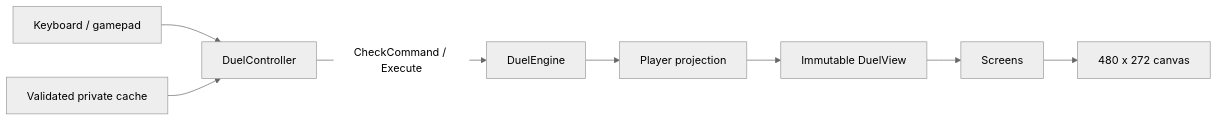
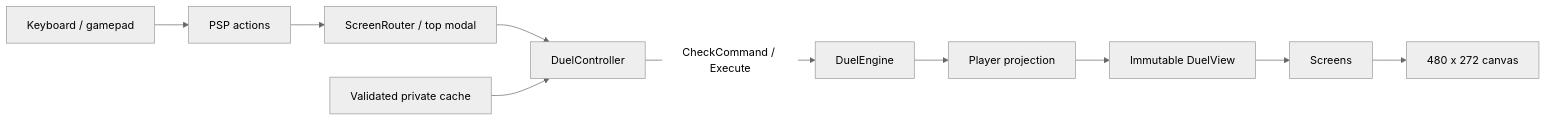
The diagram in TagForceSpecial.PC/Presentation.md (mymicrowaveisdry-web/tagforce-special-pc), drawn with Mermaid (neutral theme) before and after one commit. The commit also changed other lines of this file and 3 other files, not shown here.

````diff
--- a/TagForceSpecial.PC/Presentation.md
+++ b/TagForceSpecial.PC/Presentation.md
@@ -28,10 +28,12 @@
 ```mermaid
 flowchart LR
-  Input[Keyboard / gamepad] --> Controller[DuelController]
+  Input[Keyboard / gamepad] --> Mapper[PSP actions]
+  Mapper --> Router[ScreenRouter / top modal]
+  Router --> Controller[DuelController]
   Controller -->|CheckCommand / Execute| Core[DuelEngine]
   Core --> Projection[Player projection]
   Projection --> View[Immutable DuelView]
   View --> Screens[Screens]
   Screens --> Canvas[480 x 272 canvas]
   Cache[Validated private cache] --> Controller
 ```
````
